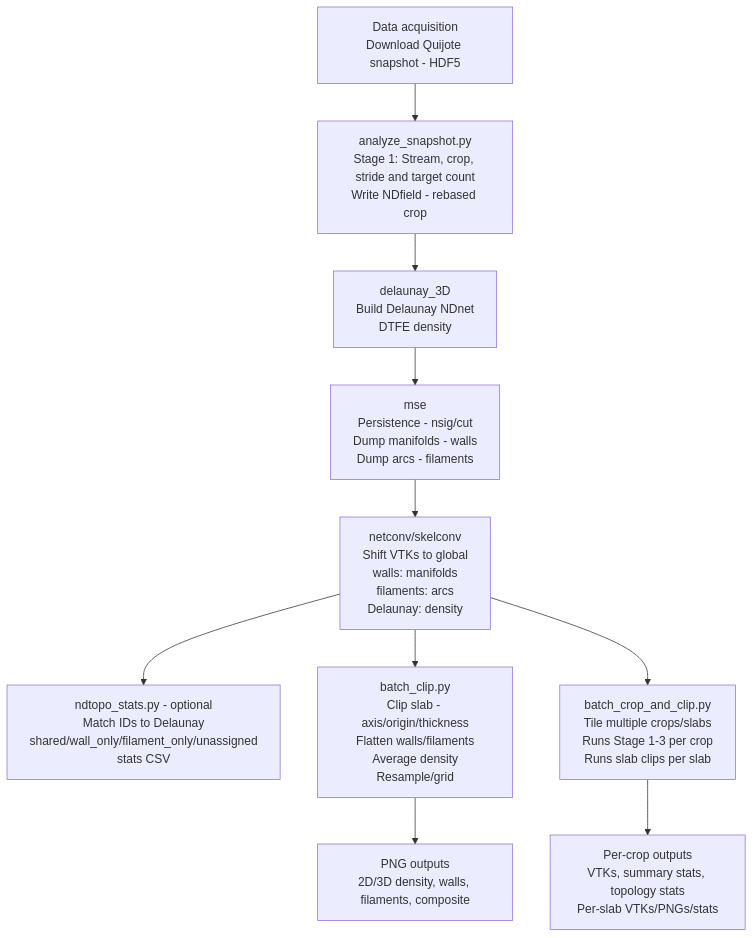
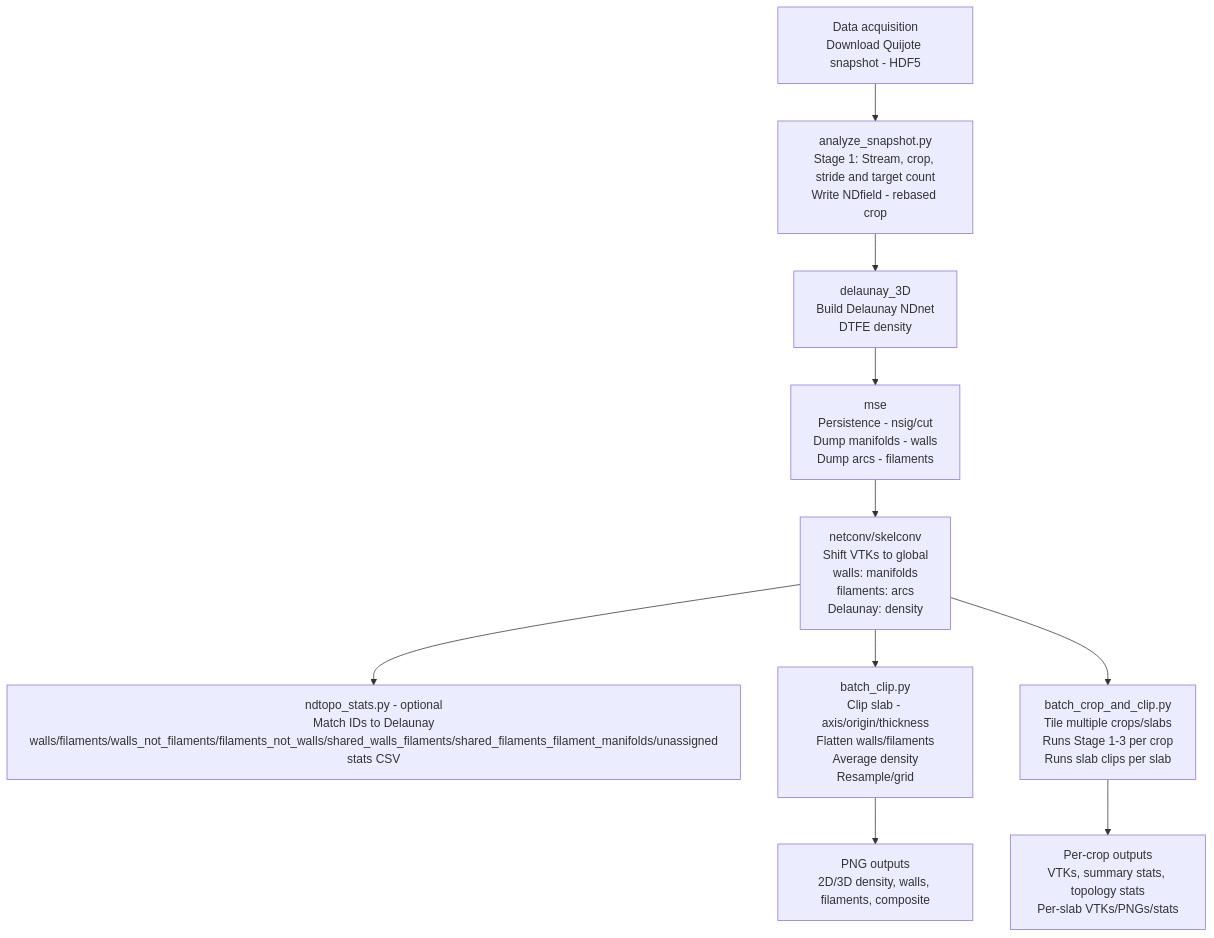
The diagram in docs/WORKFLOW_FLOWCHART.qmd (efuleky27/disperse), drawn with Mermaid before and after one commit. The commit also changed other lines of this file and 20 other files, not shown here.

````diff
--- a/docs/WORKFLOW_FLOWCHART.qmd
+++ b/docs/WORKFLOW_FLOWCHART.qmd
@@ -8,13 +8,13 @@
 ```{mermaid}
 %%{init: {'flowchart': {'nodeSpacing': 50, 'rankSpacing': 50}}}%%
 graph TD
     A[Data acquisition<br/>Download Quijote snapshot - HDF5] --> B[analyze_snapshot.py<br/>Stage 1: Stream, crop, stride and target count<br/>Write NDfield - rebased crop]
     B --> C[delaunay_3D<br/>Build Delaunay NDnet<br/>DTFE density]
     C --> D[mse<br/>Persistence - nsig/cut<br/>Dump manifolds - walls<br/>Dump arcs - filaments]
     D --> E[netconv/skelconv<br/>Shift VTKs to global<br/>walls: manifolds<br/>filaments: arcs<br/>Delaunay: density]
-    E --> F1[ndtopo_stats.py - optional<br/>Match IDs to Delaunay<br/>shared/wall_only/filament_only/unassigned<br/>stats CSV]
+    E --> F1[ndtopo_stats.py - optional<br/>Match IDs to Delaunay<br/>walls/filaments/walls_not_filaments/filaments_not_walls/shared_walls_filaments/shared_filaments_filament_manifolds/unassigned<br/>stats CSV]
     E --> F2[batch_clip.py<br/>Clip slab - axis/origin/thickness<br/>Flatten walls/filaments<br/>Average density<br/>Resample/grid]
     F2 --> G[PNG outputs<br/>2D/3D density, walls, filaments, composite]
     E --> H[batch_crop_and_clip.py<br/>Tile multiple crops/slabs<br/>Runs Stage 1-3 per crop<br/>Runs slab clips per slab]
     H --> I[Per-crop outputs<br/>VTKs, summary stats, topology stats<br/>Per-slab VTKs/PNGs/stats]
 ```
````
